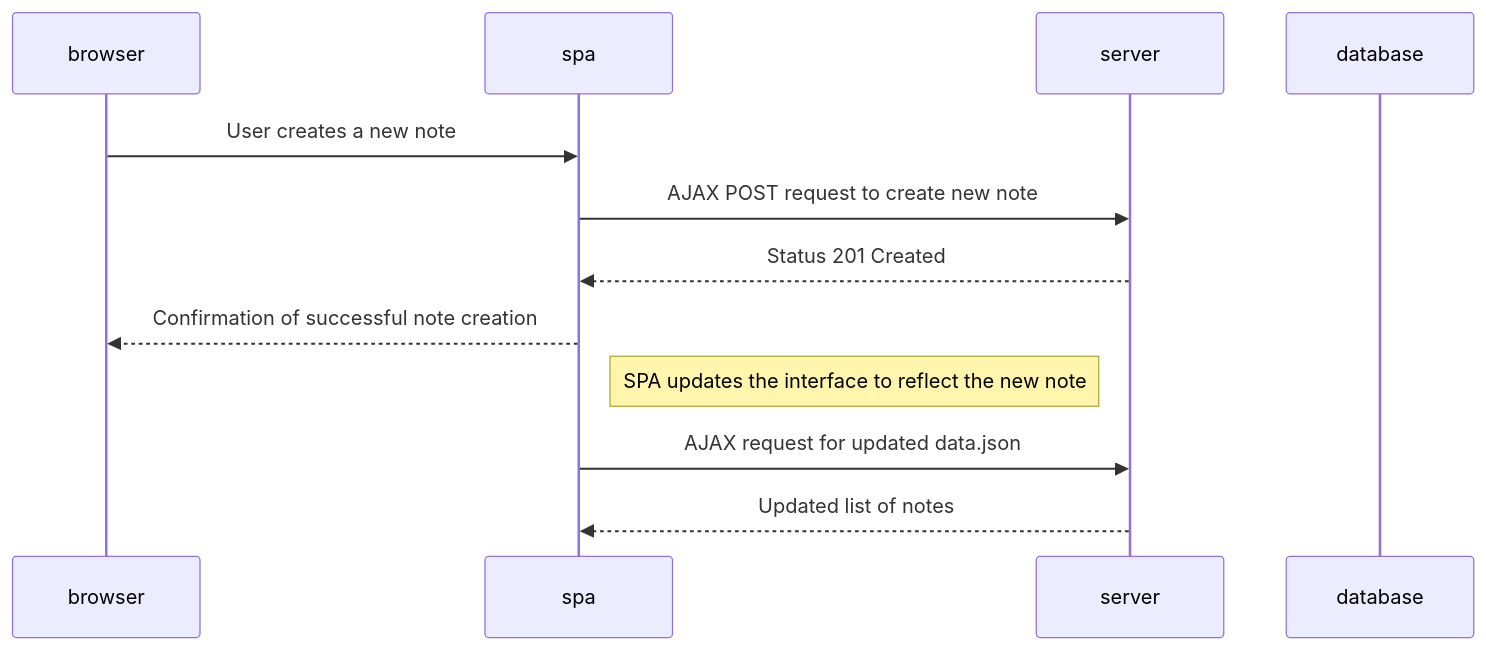
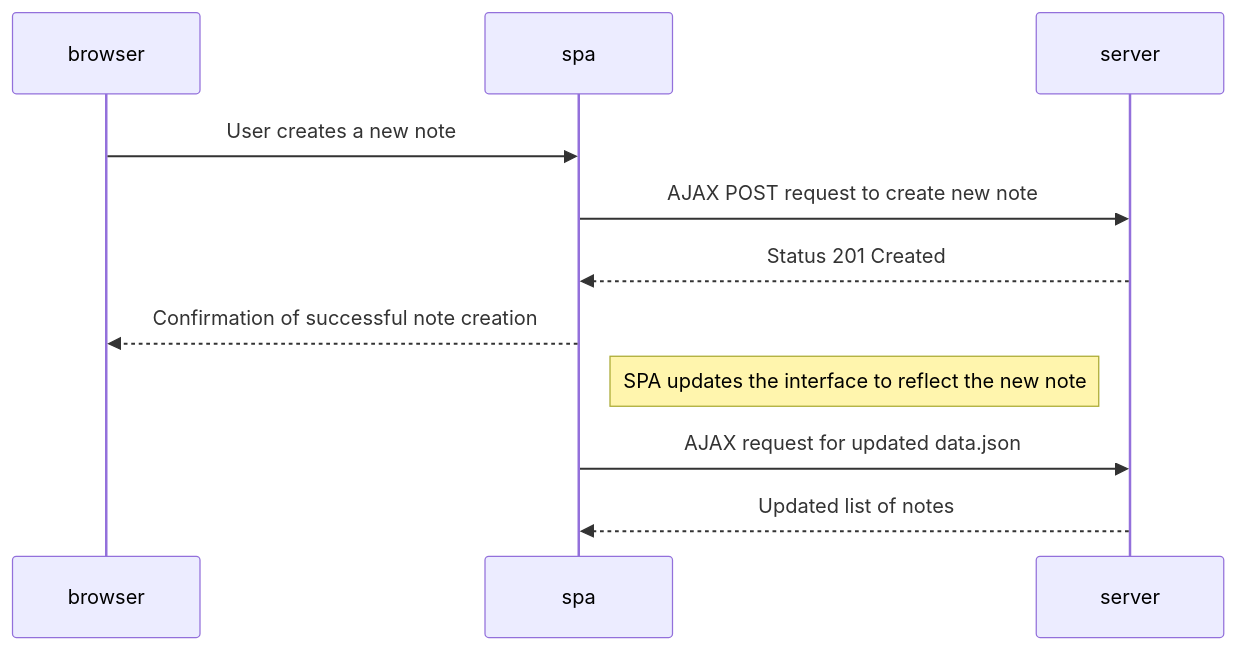
Before and after one commit to korhvi/FullStack: the diagram in osa0/0.6/README.md, drawn with Mermaid.

````diff
--- a/osa0/0.6/README.md
+++ b/osa0/0.6/README.md
@@ -1,17 +1,16 @@
 ```mermaid
 sequenceDiagram
     participant browser
     participant spa
     participant server
-    participant database
     
     browser->>spa: User creates a new note
     spa->>server: AJAX POST request to create new note
     server-->>spa: Status 201 Created
     spa-->>browser: Confirmation of successful note creation
     
     Note right of spa: SPA updates the interface to reflect the new note
     
     spa->>server: AJAX request for updated data.json
     server-->>spa: Updated list of notes
 ```
````
